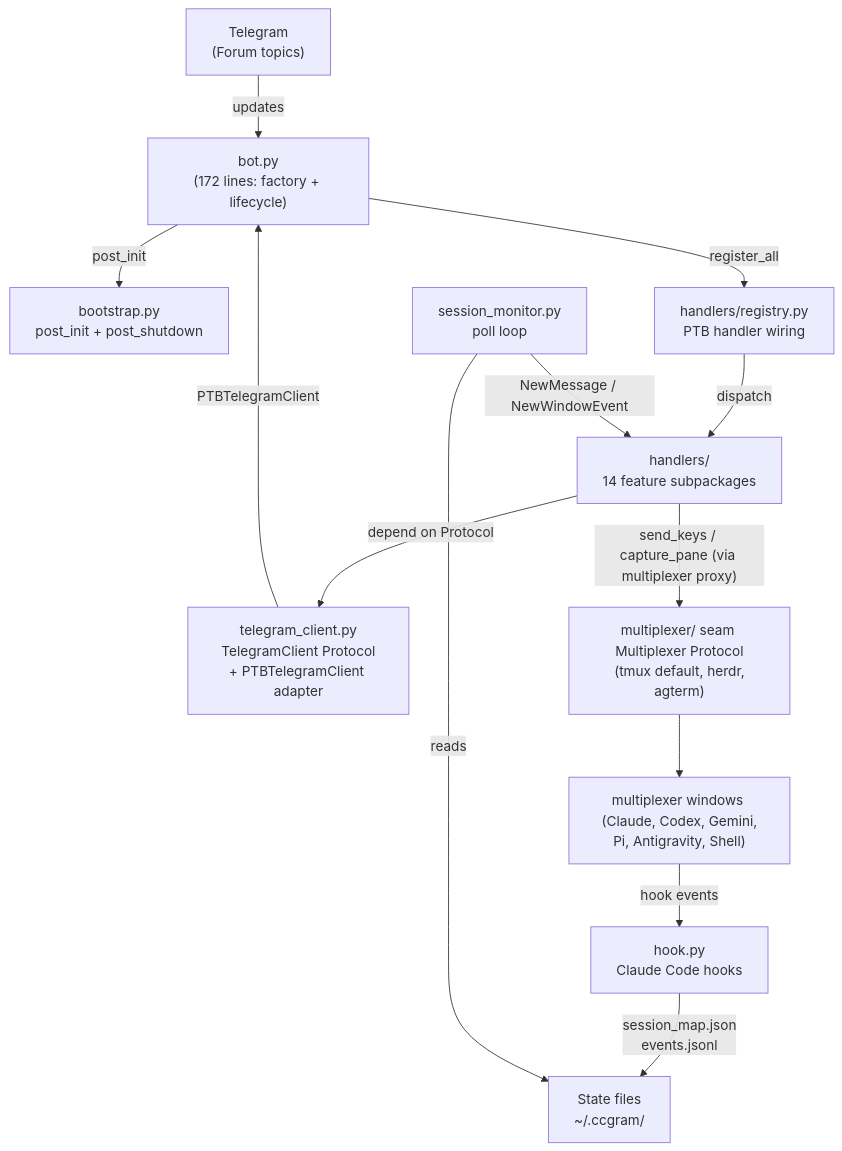
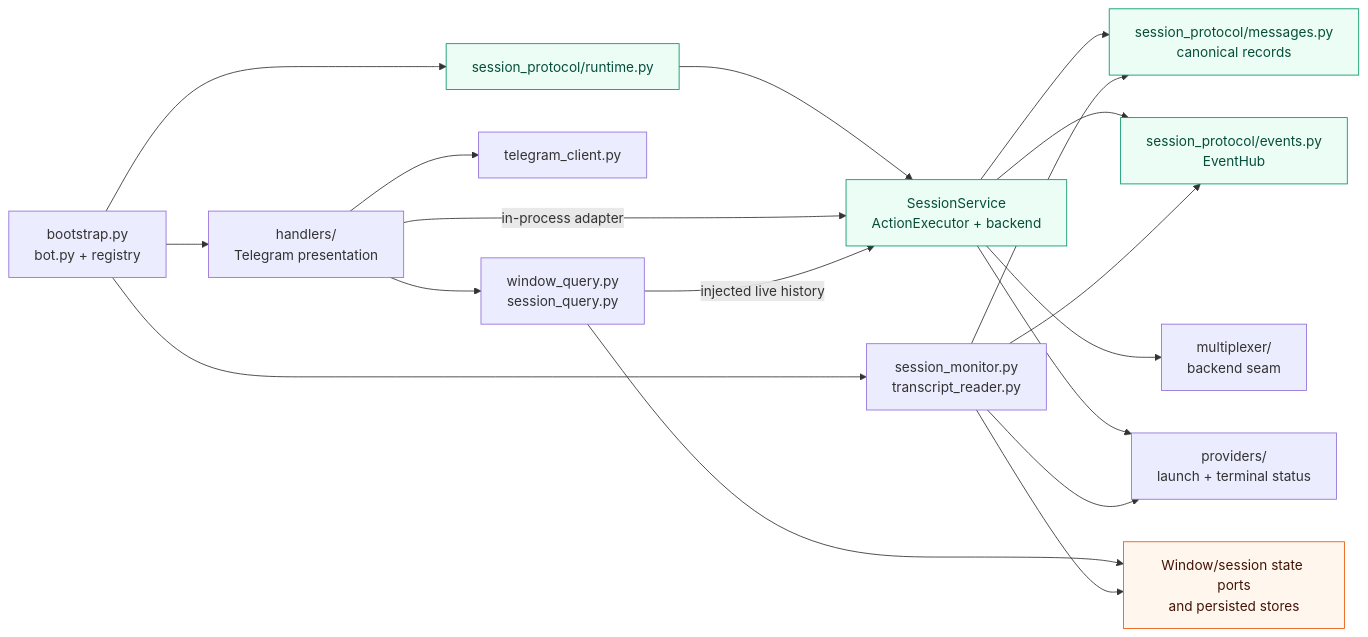
The second of 8 diagrams in docs/architecture.md (Exzentttt/ccgram), drawn with Mermaid before and after one commit. The commit also changed other lines of this file and 142 other files, not shown here.

First line of the commit message:
feat(protocol): move Telegram onto the shared session core

````diff
--- a/docs/architecture.md
+++ b/docs/architecture.md
@@ -27,27 +45,24 @@
 ```mermaid
-graph TB
-    Telegram["Telegram<br>(Forum topics)"]
-    Bot["bot.py<br>(172 lines: factory + lifecycle)"]
-    Bootstrap["bootstrap.py<br>post_init + post_shutdown"]
-    Registry["handlers/registry.py<br>PTB handler wiring"]
-    TC["telegram_client.py<br>TelegramClient Protocol<br>+ PTBTelegramClient adapter"]
-    Handlers["handlers/<br>14 feature subpackages"]
-    TmuxMgr["multiplexer/ seam <br> Multiplexer Protocol <br> (tmux default, herdr, agterm)"]
-    Windows["multiplexer windows <br> (Claude, Codex, Gemini, Pi, Antigravity, Shell)"]
-    Hook["hook.py<br>Claude Code hooks"]
-    Monitor["session_monitor.py<br>poll loop"]
-    State["State files<br>~/.ccgram/"]
-
-    Telegram -- "updates" --> Bot
-    Bot -- "post_init" --> Bootstrap
-    Bot -- "register_all" --> Registry
-    Registry -- "dispatch" --> Handlers
-    Handlers -- "depend on Protocol" --> TC
-    TC -- "PTBTelegramClient" --> Bot
-    Handlers -- "send_keys / capture_pane (via multiplexer proxy)" --> TmuxMgr
-    TmuxMgr --> Windows
-    Windows -- "hook events" --> Hook
-    Hook -- "session_map.json<br>events.jsonl" --> State
-    Monitor -- "reads" --> State
-    Monitor -- "NewMessage / NewWindowEvent" --> Handlers
+flowchart LR
+    Boot["bootstrap.py<br/>bot.py + registry"] --> H["handlers/<br/>Telegram presentation"]
+    Boot --> Runtime["session_protocol/runtime.py"]
+    Boot --> Monitor["session_monitor.py<br/>transcript_reader.py"]
+    Runtime --> Core["SessionService<br/>ActionExecutor + backend"]
+    H -->|in-process adapter| Core
+    H --> Client["telegram_client.py"]
+    H --> Query["window_query.py<br/>session_query.py"]
+    Query --> State["Window/session state ports<br/>and persisted stores"]
+    Query -->|injected live history| Core
+    Core --> Parts["session_protocol/messages.py<br/>canonical records"]
+    Core --> Hub["session_protocol/events.py<br/>EventHub"]
+    Core --> Mux["multiplexer/<br/>backend seam"]
+    Core --> Providers["providers/<br/>launch + terminal status"]
+    Monitor --> Parts
+    Monitor --> Hub
+    Monitor --> State
+    Monitor --> Providers
+    classDef core fill:#ecfdf5,stroke:#059669,color:#064e3b
+    classDef store fill:#fff7ed,stroke:#ea580c,color:#431407
+    class Runtime,Core,Parts,Hub core
+    class State store
 ```
````
